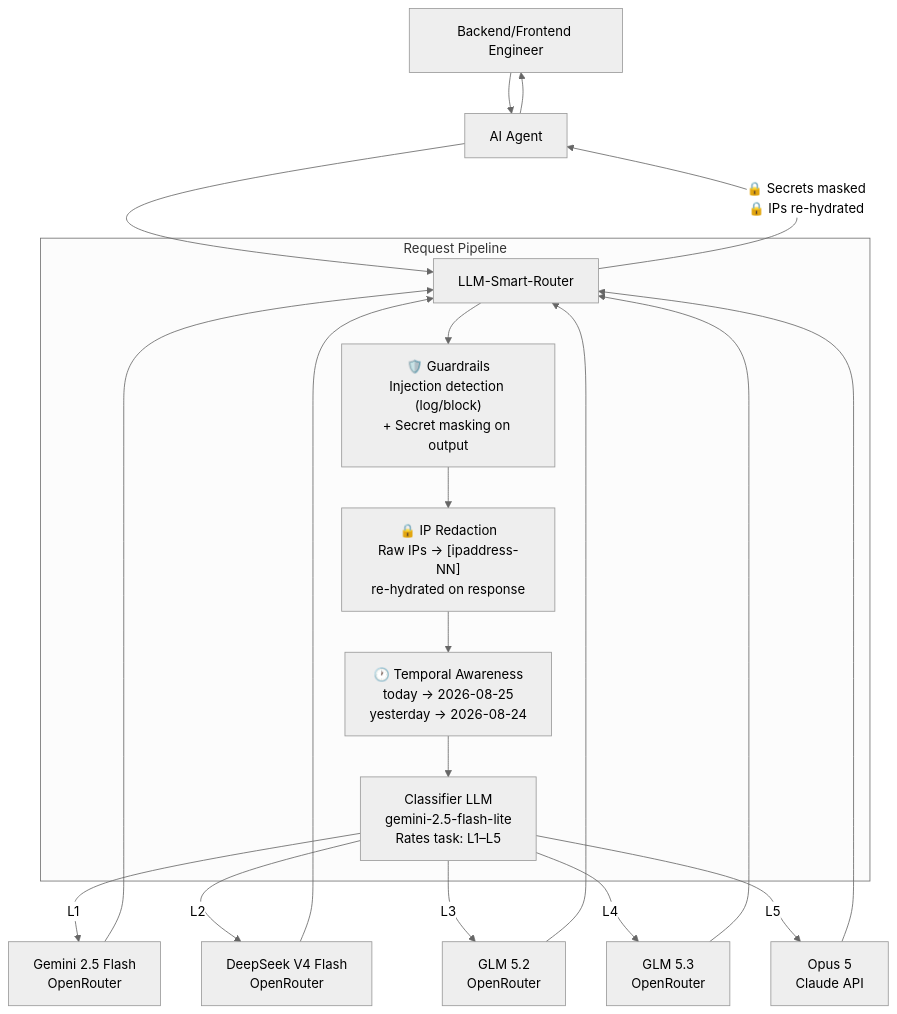
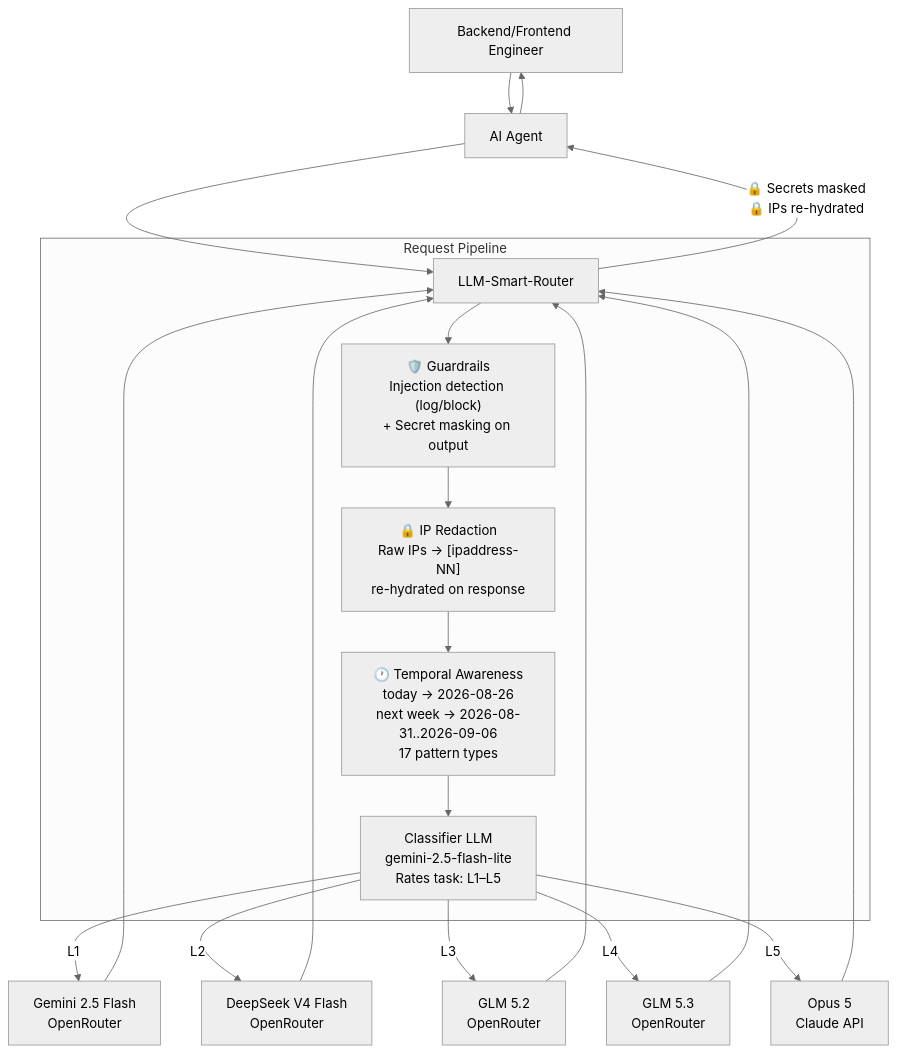
Before and after one commit to Green-Needle-Tech/llm-smart-router: the diagram in README.md, drawn with Mermaid (neutral theme). The commit also changed other lines of this file and 5 other files, not shown here.

First line of the commit message:
feat: temporal awareness full pattern coverage — all 17 pattern types from rules.py (v2.5.0)

````diff
--- a/README.md
+++ b/README.md
@@ -274,27 +291,27 @@
 ```mermaid
 flowchart TD
     A[Backend/Frontend Engineer] --> B[AI Agent]
     B --> C[LLM-Smart-Router]
 
     subgraph Router [Request Pipeline]
         C --> P1["🛡️ Guardrails<br/>Injection detection (log/block)<br/>+ Secret masking on output"]
         P1 --> P2["🔒 IP Redaction<br/>Raw IPs → [ipaddress-NN]<br/>re-hydrated on response"]
-        P2 --> P2T["🕐 Temporal Awareness<br/>today → 2026-08-25<br/>yesterday → 2026-08-24"]
+        P2 --> P2T["🕐 Temporal Awareness<br/>today → 2026-08-26<br/>next week → 2026-08-31..2026-09-06<br/>17 pattern types"]
         P2T --> D["Classifier LLM<br/>gemini-2.5-flash-lite<br/>Rates task: L1–L5"]
     end
 
     D -->|L1| E[Gemini 2.5 Flash<br/>OpenRouter]
     D -->|L2| F[DeepSeek V4 Flash<br/>OpenRouter]
     D -->|L3| F2[GLM 5.2<br/>OpenRouter]
     D -->|L4| F3[GLM 5.3<br/>OpenRouter]
     D -->|L5| H[Opus 5<br/>Claude API]
 
     E --> C
     F --> C
     F2 --> C
     F3 --> C
     H --> C
 
     C -->|"🔒 Secrets masked<br/>🔒 IPs re-hydrated"| B
     B --> A
 ```
````
